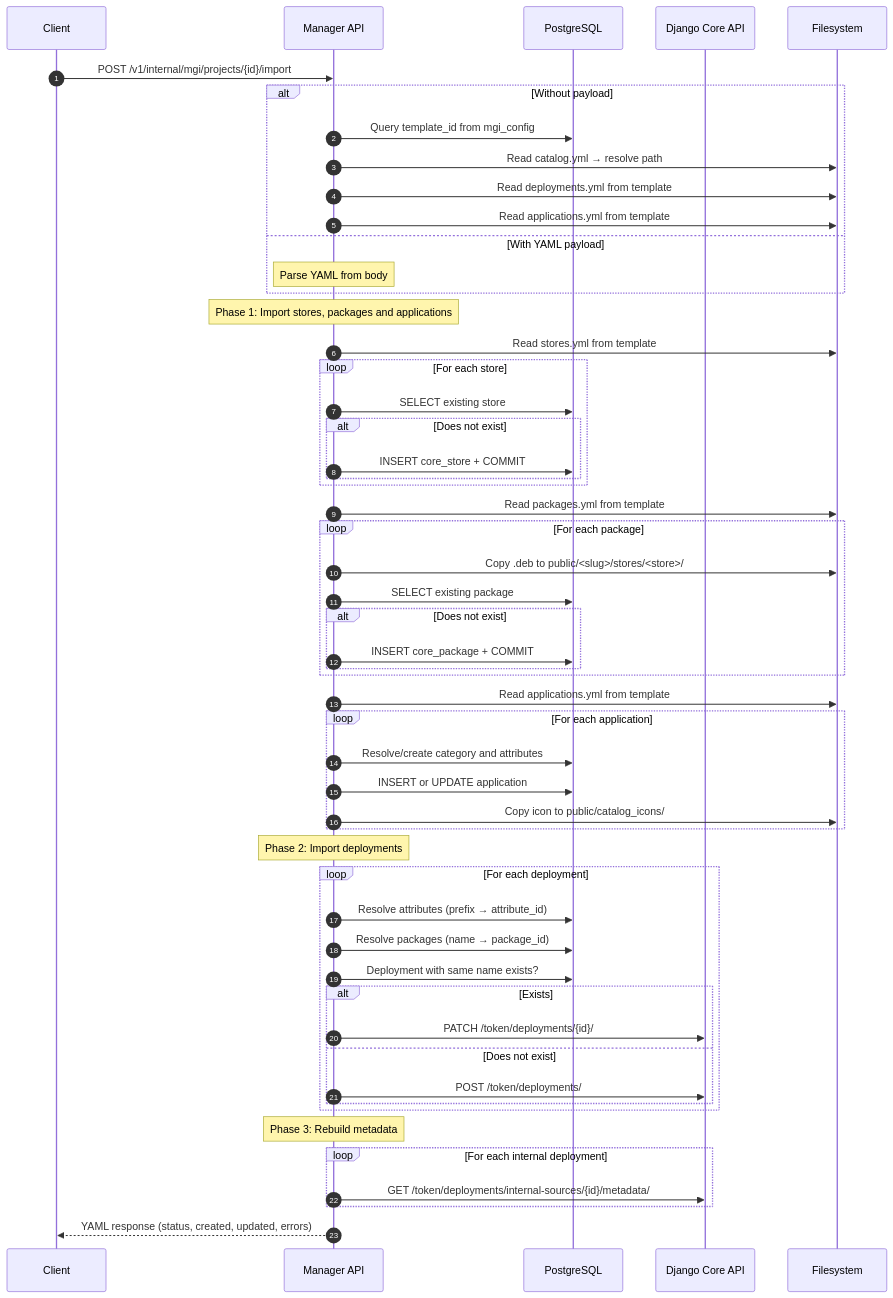
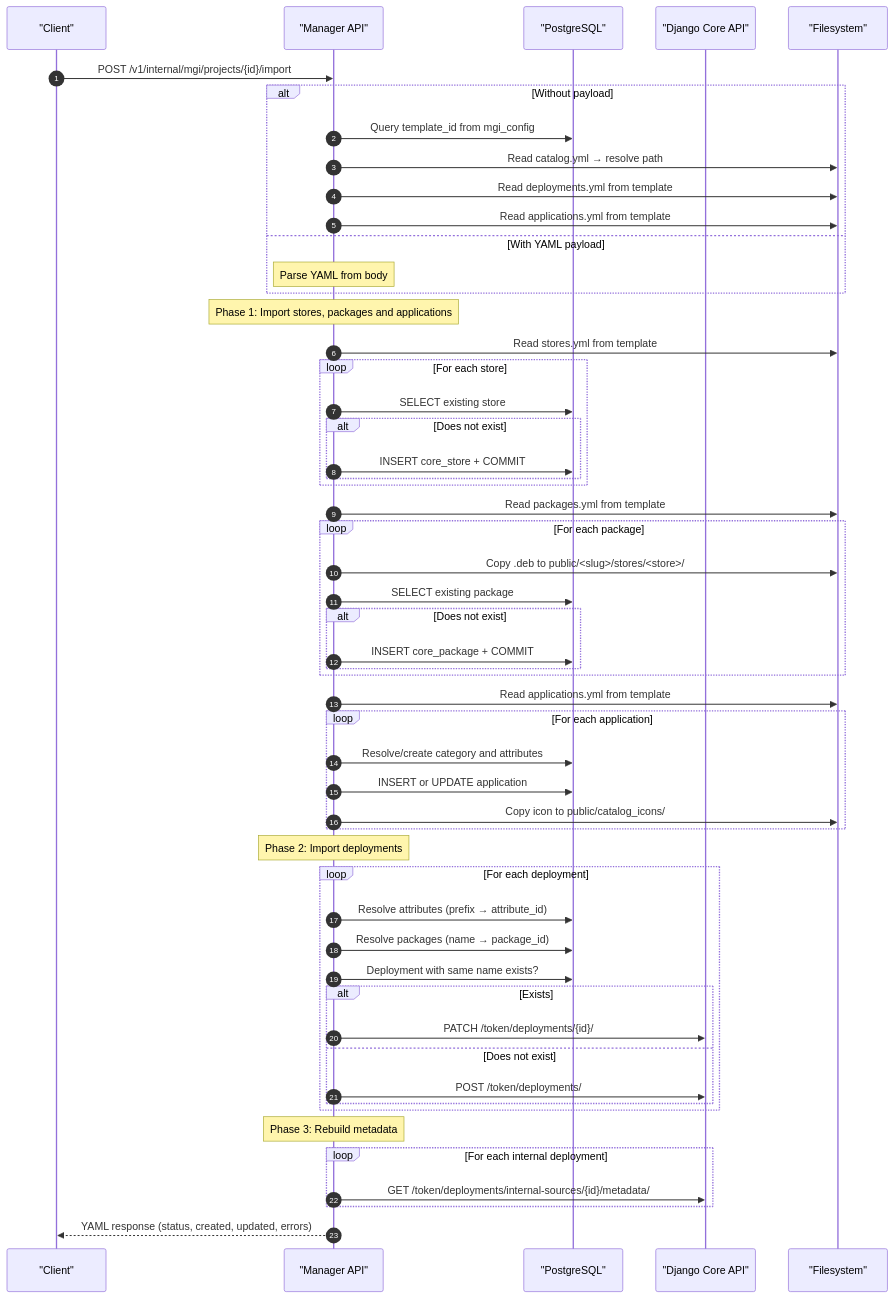
One commit to migasfree/migasfree-swarm changed the second of 3 diagrams in doc/explanation/project-templates.md. Above: the diagram before and after it, drawn with Mermaid. The commit also changed other lines of this file and 3 other files, not shown here.

````diff
--- a/doc/explanation/project-templates.md
+++ b/doc/explanation/project-templates.md
@@ -139,68 +139,68 @@
 ```mermaid
 sequenceDiagram
     autonumber
-    participant C as Client
-    participant M as Manager API
-    participant DB as PostgreSQL
-    participant CORE as Django Core API
-    participant FS as Filesystem
+    participant C as "Client"
+    participant M as "Manager API"
+    participant DB as "PostgreSQL"
+    participant CORE as "Django Core API"
+    participant FS as "Filesystem"
 
     C->>M: POST /v1/internal/mgi/projects/{id}/import
 
     alt Without payload
         M->>DB: Query template_id from mgi_config
         M->>FS: Read catalog.yml → resolve path
         M->>FS: Read deployments.yml from template
         M->>FS: Read applications.yml from template
     else With YAML payload
         Note over M: Parse YAML from body
     end
 
     Note over M: Phase 1: Import stores, packages and applications
 
     M->>FS: Read stores.yml from template
     loop For each store
         M->>DB: SELECT existing store
         alt Does not exist
             M->>DB: INSERT core_store + COMMIT
         end
     end
 
     M->>FS: Read packages.yml from template
     loop For each package
         M->>FS: Copy .deb to public/<slug>/stores/<store>/
         M->>DB: SELECT existing package
         alt Does not exist
             M->>DB: INSERT core_package + COMMIT
         end
     end
 
     M->>FS: Read applications.yml from template
     loop For each application
         M->>DB: Resolve/create category and attributes
         M->>DB: INSERT or UPDATE application
         M->>FS: Copy icon to public/catalog_icons/
     end
 
     Note over M: Phase 2: Import deployments
 
     loop For each deployment
         M->>DB: Resolve attributes (prefix → attribute_id)
         M->>DB: Resolve packages (name → package_id)
         M->>DB: Deployment with same name exists?
 
         alt Exists
             M->>CORE: PATCH /token/deployments/{id}/
         else Does not exist
             M->>CORE: POST /token/deployments/
         end
     end
 
     Note over M: Phase 3: Rebuild metadata
 
     loop For each internal deployment
         M->>CORE: GET /token/deployments/internal-sources/{id}/metadata/
     end
 
     M-->>C: YAML response (status, created, updated, errors)
 ```
````
